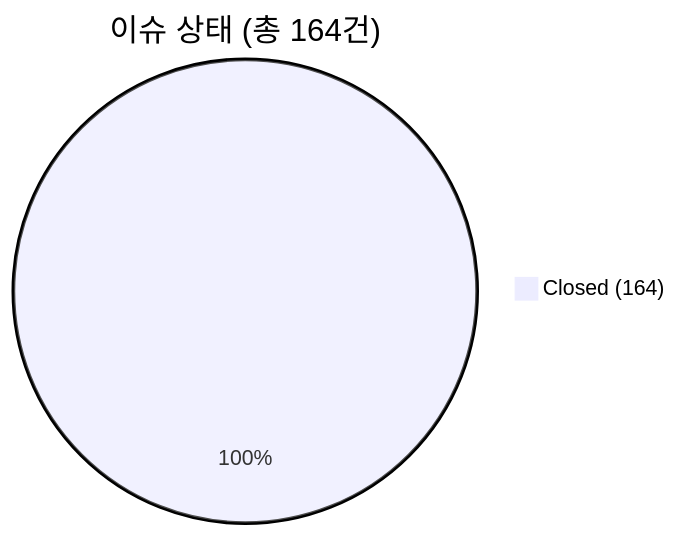
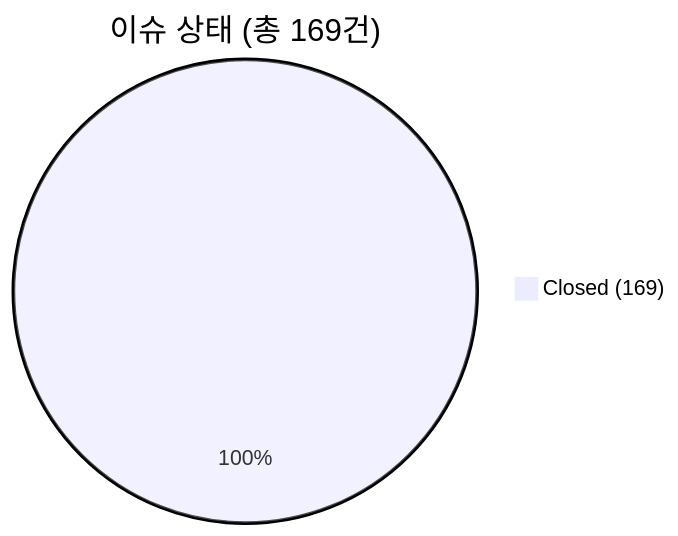
Before and after one commit to holee9/MD-process: the first of 3 diagrams in README.md, drawn with Mermaid. The commit also changed other lines of this file, not shown here.

````diff
--- a/README.md
+++ b/README.md
@@ -131,4 +131,4 @@
 ```mermaid
-pie title 이슈 상태 (총 164건)
-    "Closed (164)" : 164
+pie title 이슈 상태 (총 169건)
+    "Closed (169)" : 169
 ```
````
